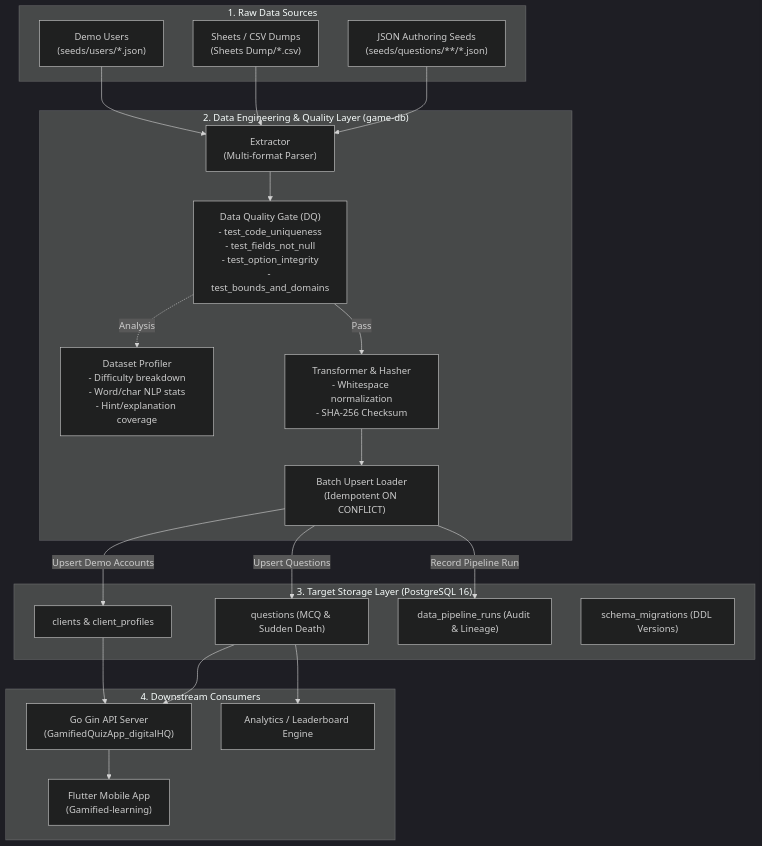
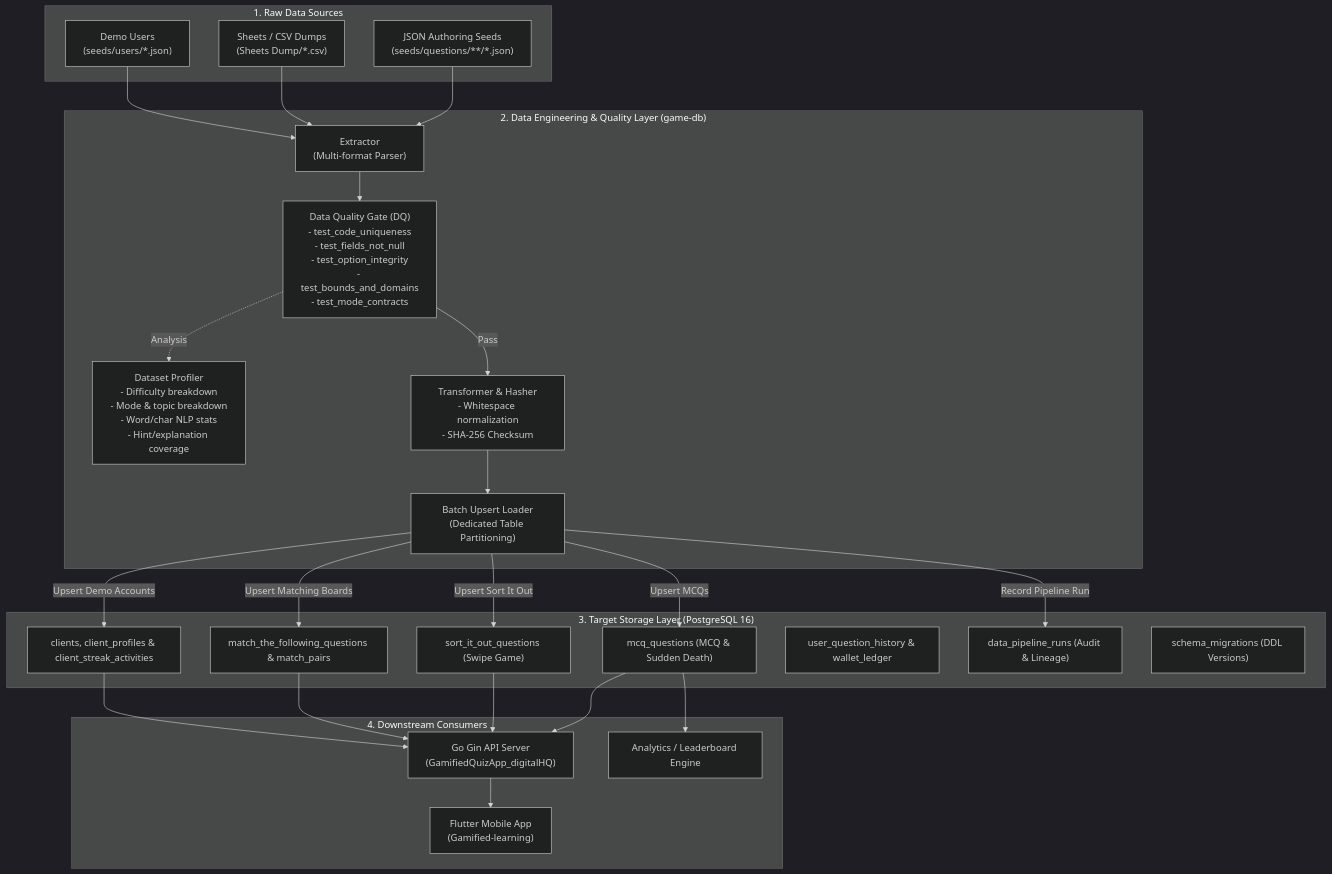
The diagram in docs/DATA_ARCHITECTURE.md (OmkarGeedh/SkillVerse-SQL_Migration), drawn with Mermaid (dark theme) before and after one commit. The commit also changed other lines of this file and 37 other files, not shown here.

Commit message:
feat: restructure migrations 000001-000005, add sort it out and match the following seed catalogs, and sync with Neon

````diff
--- a/docs/DATA_ARCHITECTURE.md
+++ b/docs/DATA_ARCHITECTURE.md
@@ -9,47 +9,54 @@
 ```mermaid
 flowchart TD
     subgraph IngestionSources["1. Raw Data Sources"]
         JSON["JSON Authoring Seeds<br/>(seeds/questions/**/*.json)"]
         CSV["Sheets / CSV Dumps<br/>(Sheets Dump/*.csv)"]
         Users["Demo Users<br/>(seeds/users/*.json)"]
     end
 
     subgraph DataEngineeringLayer["2. Data Engineering & Quality Layer (game-db)"]
         Extract["Extractor<br/>(Multi-format Parser)"]
-        DQGate["Data Quality Gate (DQ)<br/>- test_code_uniqueness<br/>- test_fields_not_null<br/>- test_option_integrity<br/>- test_bounds_and_domains"]
-        Profiler["Dataset Profiler<br/>- Difficulty breakdown<br/>- Word/char NLP stats<br/>- Hint/explanation coverage"]
+        DQGate["Data Quality Gate (DQ)<br/>- test_code_uniqueness<br/>- test_fields_not_null<br/>- test_option_integrity<br/>- test_bounds_and_domains<br/>- test_mode_contracts"]
+        Profiler["Dataset Profiler<br/>- Difficulty breakdown<br/>- Mode & topic breakdown<br/>- Word/char NLP stats<br/>- Hint/explanation coverage"]
         Transformer["Transformer & Hasher<br/>- Whitespace normalization<br/>- SHA-256 Checksum"]
-        Loader["Batch Upsert Loader<br/>(Idempotent ON CONFLICT)"]
+        Loader["Batch Upsert Loader<br/>(Dedicated Table Partitioning)"]
     end
 
     subgraph StorageLayer["3. Target Storage Layer (PostgreSQL 16)"]
-        PG_Q["questions (MCQ & Sudden Death)"]
-        PG_U["clients & client_profiles"]
+        PG_MCQ["mcq_questions (MCQ & Sudden Death)"]
+        PG_SIO["sort_it_out_questions (Swipe Game)"]
+        PG_MTF["match_the_following_questions & match_pairs"]
+        PG_U["clients, client_profiles & client_streak_activities"]
+        PG_H["user_question_history & wallet_ledger"]
         PG_A["data_pipeline_runs (Audit & Lineage)"]
         PG_M["schema_migrations (DDL Versions)"]
     end
 
     subgraph Downstream["4. Downstream Consumers"]
         Backend["Go Gin API Server<br/>(GamifiedQuizApp_digitalHQ)"]
         Mobile["Flutter Mobile App<br/>(Gamified-learning)"]
         Analytics["Analytics / Leaderboard Engine"]
     end
 
     JSON --> Extract
     CSV --> Extract
     Users --> Extract
 
     Extract --> DQGate
     DQGate -->|Pass| Transformer
     DQGate -.->|Analysis| Profiler
     Transformer --> Loader
 
-    Loader -->|Upsert Questions| PG_Q
+    Loader -->|Upsert MCQs| PG_MCQ
+    Loader -->|Upsert Sort It Out| PG_SIO
+    Loader -->|Upsert Matching Boards| PG_MTF
     Loader -->|Upsert Demo Accounts| PG_U
     Loader -->|Record Pipeline Run| PG_A
 
-    PG_Q --> Backend
+    PG_MCQ --> Backend
+    PG_SIO --> Backend
+    PG_MTF --> Backend
     PG_U --> Backend
     Backend --> Mobile
-    PG_Q --> Analytics
+    PG_MCQ --> Analytics
 ```
````
